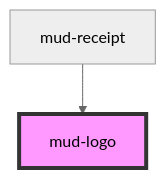
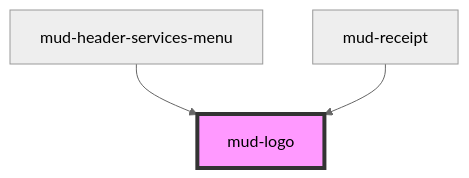
Before and after one commit to egov-moldova/design-system: the diagram in src/components/mud-logo/readme.md, drawn with Mermaid (neutral theme). The commit also changed other lines of this file and 153 other files, not shown here.

````diff
--- a/src/components/mud-logo/readme.md
+++ b/src/components/mud-logo/readme.md
@@ -45,5 +46,6 @@
 ```mermaid
 graph TD;
+  mud-header-services-menu --> mud-logo
   mud-receipt --> mud-logo
   style mud-logo fill:#f9f,stroke:#333,stroke-width:4px
 ```
````
